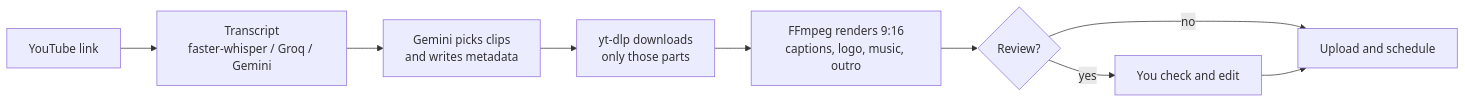
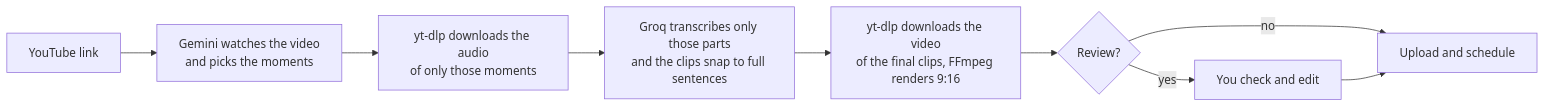
Before and after one commit to devrohit2007/Clipper: the diagram in README.md, drawn with Mermaid. The commit also changed other lines of this file and 12 other files, not shown here.

Commit message:
find the clips firts and download audio and transcribe and render

````diff
--- a/README.md
+++ b/README.md
@@ -66,11 +68,11 @@
 ```mermaid
 flowchart LR
-    A[YouTube link] --> B[Transcript<br/>faster-whisper / Groq / Gemini]
-    B --> C[Gemini picks clips<br/>and writes metadata]
-    C --> D[yt-dlp downloads<br/>only those parts]
-    D --> E[FFmpeg renders 9:16<br/>captions, logo, music, outro]
+    A[YouTube link] --> B[Gemini watches the video<br/>and picks the moments]
+    B --> C[yt-dlp downloads the audio<br/>of only those moments]
+    C --> D[Groq transcribes only those parts<br/>and the clips snap to full sentences]
+    D --> E[yt-dlp downloads the video<br/>of the final clips, FFmpeg renders 9:16]
     E --> F{Review?}
     F -->|yes| G[You check and edit]
     F -->|no| H[Upload and schedule]
     G --> H
 ```
````
